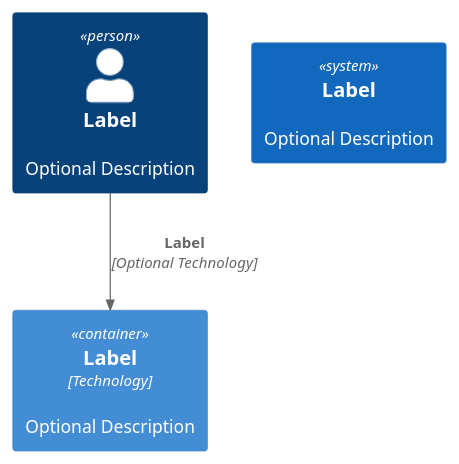
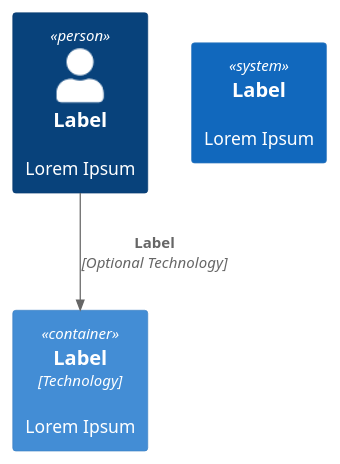
Before and after one commit to Implex1v/NSCTool: the diagram in _docs/architecture/c4/system-context.puml, drawn with PlantUML.

Commit message:
(_docs) Update example puml diagram, #10

```diff
--- a/_docs/architecture/c4/system-context.puml
+++ b/_docs/architecture/c4/system-context.puml
@@ -1,9 +1,9 @@
 @startuml system-context
 !include https://raw.githubusercontent.com/plantuml-stdlib/C4-PlantUML/master/C4_Container.puml
 
-Person(personAlias, "Label", "Optional Description")
-Container(containerAlias, "Label", "Technology", "Optional Description")
-System(systemAlias, "Label", "Optional Description")
+Person(personAlias, "Label", "Lorem Ipsum")
+Container(containerAlias, "Label", "Technology", "Lorem Ipsum")
+System(systemAlias, "Label", "Lorem Ipsum")
 
 Rel(personAlias, containerAlias, "Label", "Optional Technology")
 @enduml
```
